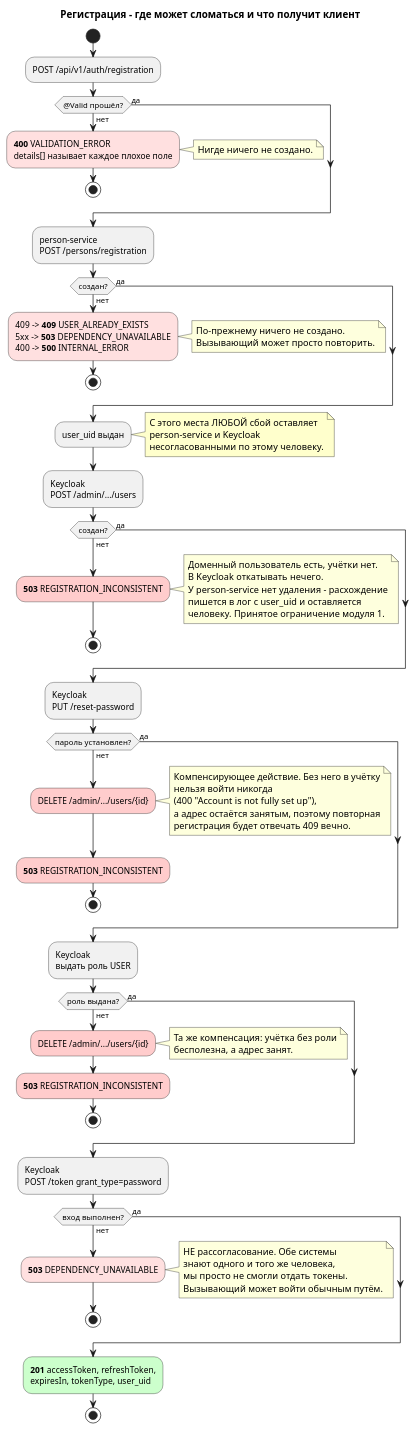
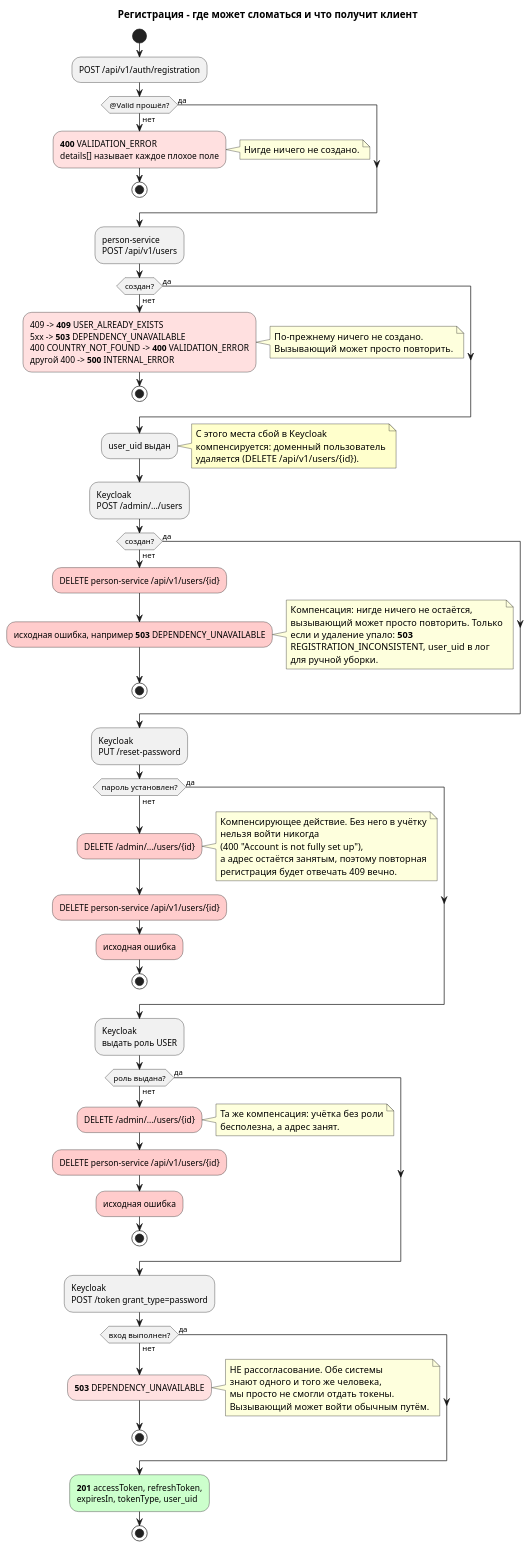
The fourth of 4 diagrams in docs/puml-ru/gateway-flow.puml (dezxxx/payment-platform), drawn with PlantUML before and after one commit. The commit also changed other lines of this file and 16 other files, not shown here.

Commit message:
docs: describe person-service, the client and compensation

```diff
--- a/docs/puml-ru/gateway-flow.puml
+++ b/docs/puml-ru/gateway-flow.puml
@@ -247,101 +247,105 @@
 @startuml gateway-failures
 title Регистрация - где может сломаться и что получит клиент
 
 skinparam shadowing false
 
 start
 
 :POST /api/v1/auth/registration;
 
 if (@Valid прошёл?) then (нет)
   #FFE0E0:**400** VALIDATION_ERROR
   details[] называет каждое плохое поле;
   note right: Нигде ничего не создано.
   stop
 else (да)
 endif
 
-:person-service\nPOST /persons/registration;
+:person-service\nPOST /api/v1/users;
 
 if (создан?) then (нет)
   #FFE0E0:409 -> **409** USER_ALREADY_EXISTS
   5xx -> **503** DEPENDENCY_UNAVAILABLE
-  400 -> **500** INTERNAL_ERROR;
+  400 COUNTRY_NOT_FOUND -> **400** VALIDATION_ERROR
+  другой 400 -> **500** INTERNAL_ERROR;
   note right
     По-прежнему ничего не создано.
     Вызывающий может просто повторить.
   end note
   stop
 else (да)
 endif
 
 :user_uid выдан;
 note right #FFFFCC
-  С этого места ЛЮБОЙ сбой оставляет
-  person-service и Keycloak
-  несогласованными по этому человеку.
+  С этого места сбой в Keycloak
+  компенсируется: доменный пользователь
+  удаляется (DELETE /api/v1/users/{id}).
 end note
 
 :Keycloak\nPOST /admin/.../users;
 
 if (создан?) then (нет)
-  #FFCCCC:**503** REGISTRATION_INCONSISTENT;
+  #FFCCCC:DELETE person-service /api/v1/users/{id};
+  #FFCCCC:исходная ошибка, например **503** DEPENDENCY_UNAVAILABLE;
   note right
-    Доменный пользователь есть, учётки нет.
-    В Keycloak откатывать нечего.
-    У person-service нет удаления - расхождение
-    пишется в лог с user_uid и оставляется
-    человеку. Принятое ограничение модуля 1.
+    Компенсация: нигде ничего не остаётся,
+    вызывающий может просто повторить. Только
+    если и удаление упало: **503**
+    REGISTRATION_INCONSISTENT, user_uid в лог
+    для ручной уборки.
   end note
   stop
 else (да)
 endif
 
 :Keycloak\nPUT /reset-password;
 
 if (пароль установлен?) then (нет)
   #FFCCCC:DELETE /admin/.../users/{id};
   note right
     Компенсирующее действие. Без него в учётку
     нельзя войти никогда
     (400 "Account is not fully set up"),
     а адрес остаётся занятым, поэтому повторная
     регистрация будет отвечать 409 вечно.
   end note
-  #FFCCCC:**503** REGISTRATION_INCONSISTENT;
+  #FFCCCC:DELETE person-service /api/v1/users/{id};
+  #FFCCCC:исходная ошибка;
   stop
 else (да)
 endif
 
 :Keycloak\nвыдать роль USER;
 
 if (роль выдана?) then (нет)
   #FFCCCC:DELETE /admin/.../users/{id};
   note right
     Та же компенсация: учётка без роли
     бесполезна, а адрес занят.
   end note
-  #FFCCCC:**503** REGISTRATION_INCONSISTENT;
+  #FFCCCC:DELETE person-service /api/v1/users/{id};
+  #FFCCCC:исходная ошибка;
   stop
 else (да)
 endif
 
 :Keycloak\nPOST /token grant_type=password;
 
 if (вход выполнен?) then (нет)
   #FFE0E0:**503** DEPENDENCY_UNAVAILABLE;
   note right
     НЕ рассогласование. Обе системы
     знают одного и того же человека,
     мы просто не смогли отдать токены.
     Вызывающий может войти обычным путём.
   end note
   stop
 else (да)
 endif
 
 #CCFFCC:**201** accessToken, refreshToken,
 expiresIn, tokenType, user_uid;
 stop
 
 @enduml
```
